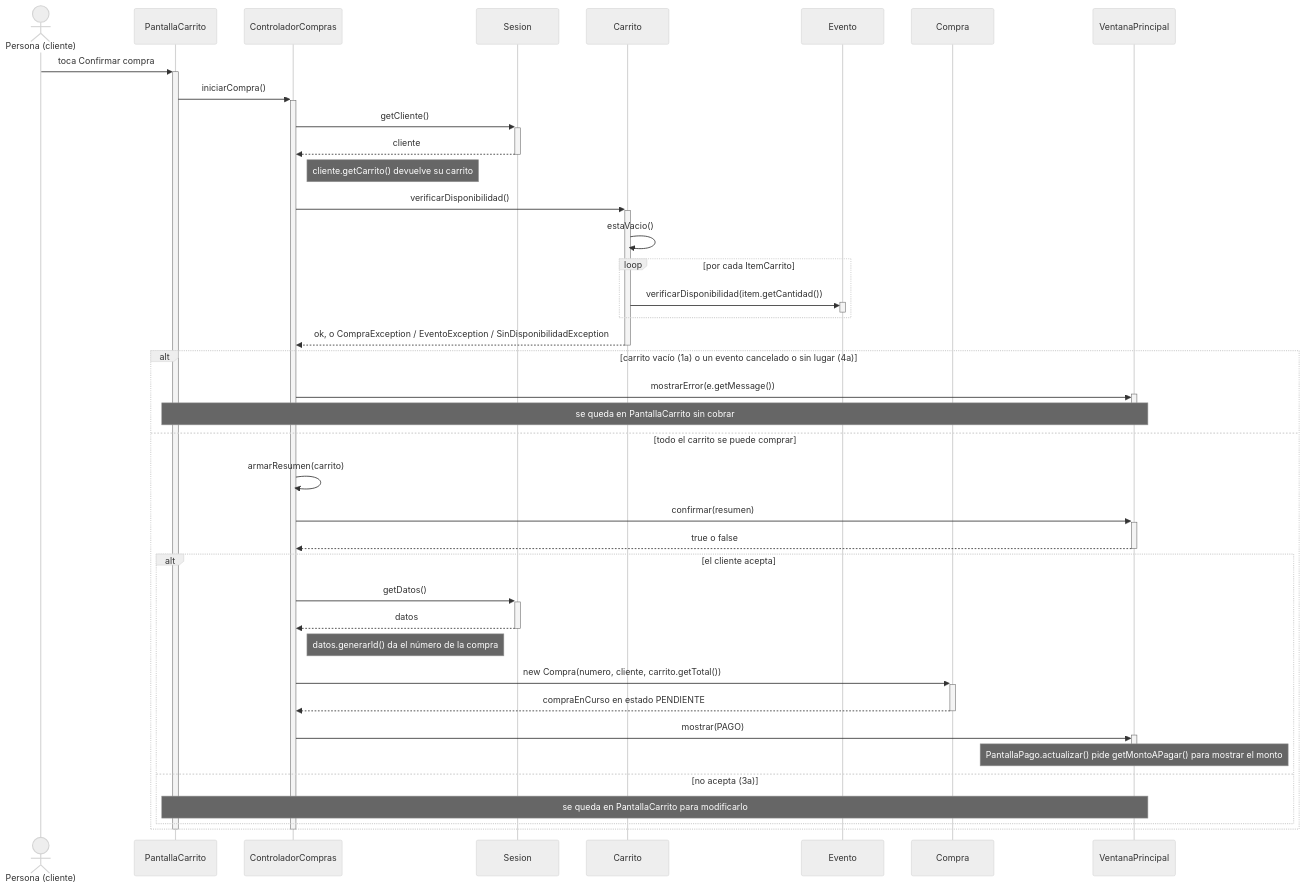
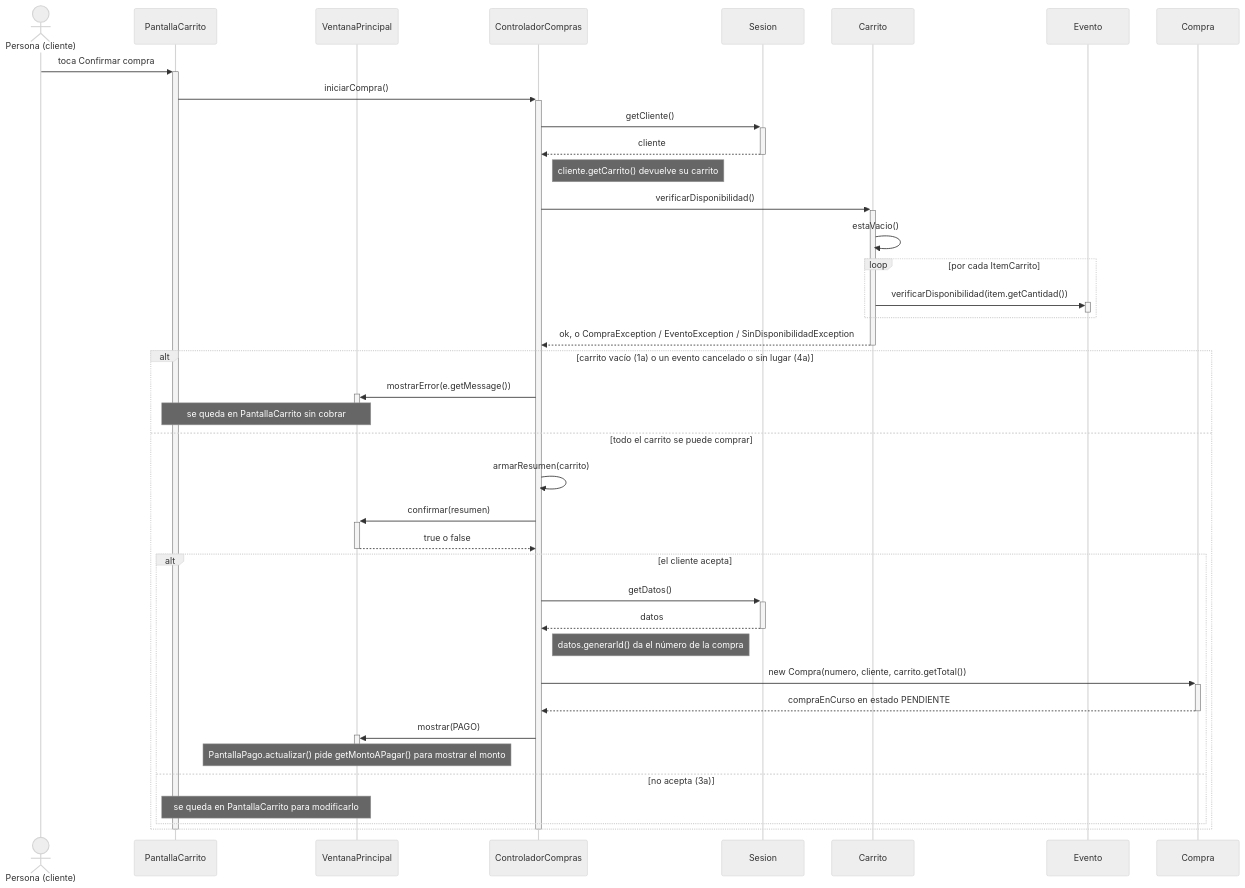
The first of 3 diagrams in docs/diseno/secuencias/CU10-confirmar-compra.md (AgustinSimonenco/gestion-eventos-musicales), drawn with Mermaid (neutral theme) before and after one commit. The commit also changed other lines of this file and 12 other files, not shown here.

````diff
--- a/docs/diseno/secuencias/CU10-confirmar-compra.md
+++ b/docs/diseno/secuencias/CU10-confirmar-compra.md
@@ -15,47 +15,47 @@
 ```mermaid
 sequenceDiagram
     actor U as Persona (cliente)
     participant P as PantallaCarrito
+    participant V as VentanaPrincipal
     participant C as ControladorCompras
     participant S as Sesion
     participant Ca as Carrito
     participant E as Evento
     participant Co as Compra
-    participant V as VentanaPrincipal
 
     U->>+P: toca Confirmar compra
     P->>+C: iniciarCompra()
     C->>+S: getCliente()
     S-->>-C: cliente
     Note right of C: cliente.getCarrito() devuelve su carrito
     C->>+Ca: verificarDisponibilidad()
     Ca->>Ca: estaVacio()
     loop por cada ItemCarrito
         Ca->>+E: verificarDisponibilidad(item.getCantidad())
         deactivate E
     end
     Ca-->>-C: ok, o CompraException / EventoException / SinDisponibilidadException
     alt carrito vacío (1a) o un evento cancelado o sin lugar (4a)
         C->>+V: mostrarError(e.getMessage())
         deactivate V
         Note over P,V: se queda en PantallaCarrito sin cobrar
     else todo el carrito se puede comprar
         C->>C: armarResumen(carrito)
         C->>+V: confirmar(resumen)
         V-->>-C: true o false
         alt el cliente acepta
             C->>+S: getDatos()
             S-->>-C: datos
             Note right of C: datos.generarId() da el número de la compra
             C->>+Co: new Compra(numero, cliente, carrito.getTotal())
             Co-->>-C: compraEnCurso en estado PENDIENTE
             C->>+V: mostrar(PAGO)
             deactivate V
             Note over V: PantallaPago.actualizar() pide getMontoAPagar() para mostrar el monto
         else no acepta (3a)
             Note over P,V: se queda en PantallaCarrito para modificarlo
         end
     end
     deactivate C
     deactivate P
 ```
````
